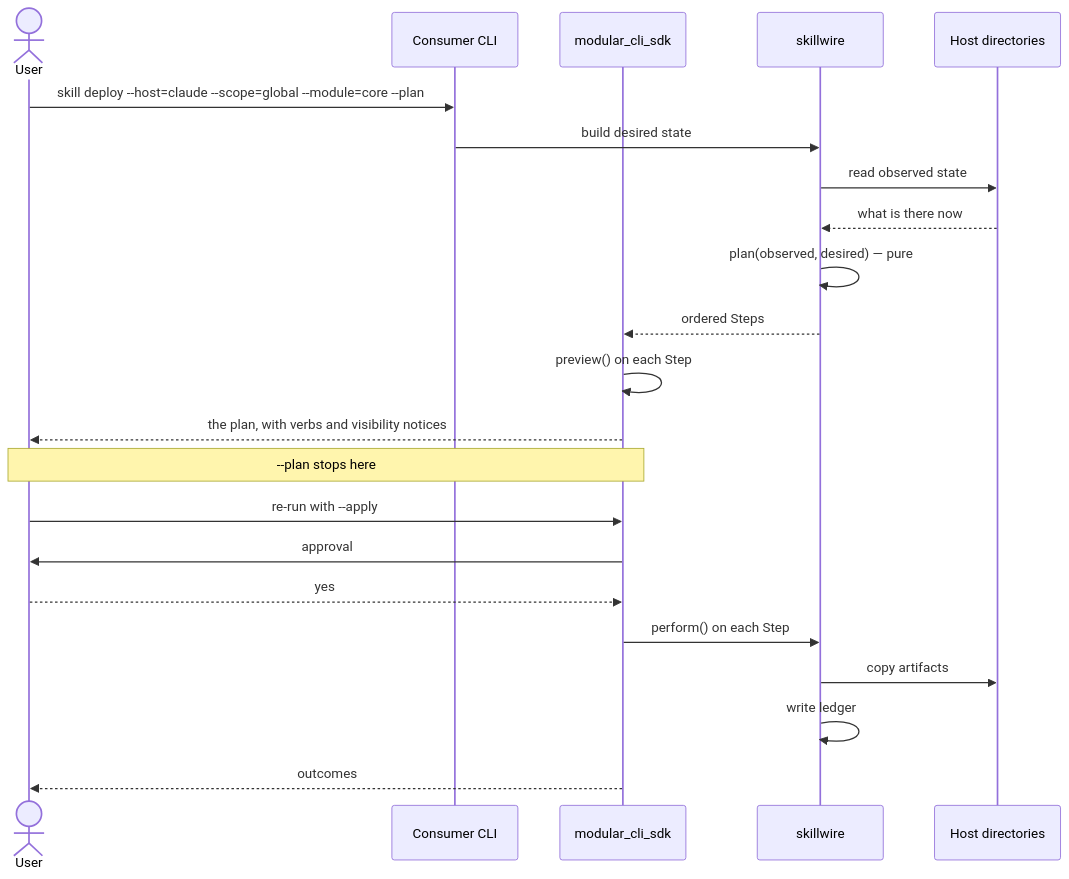
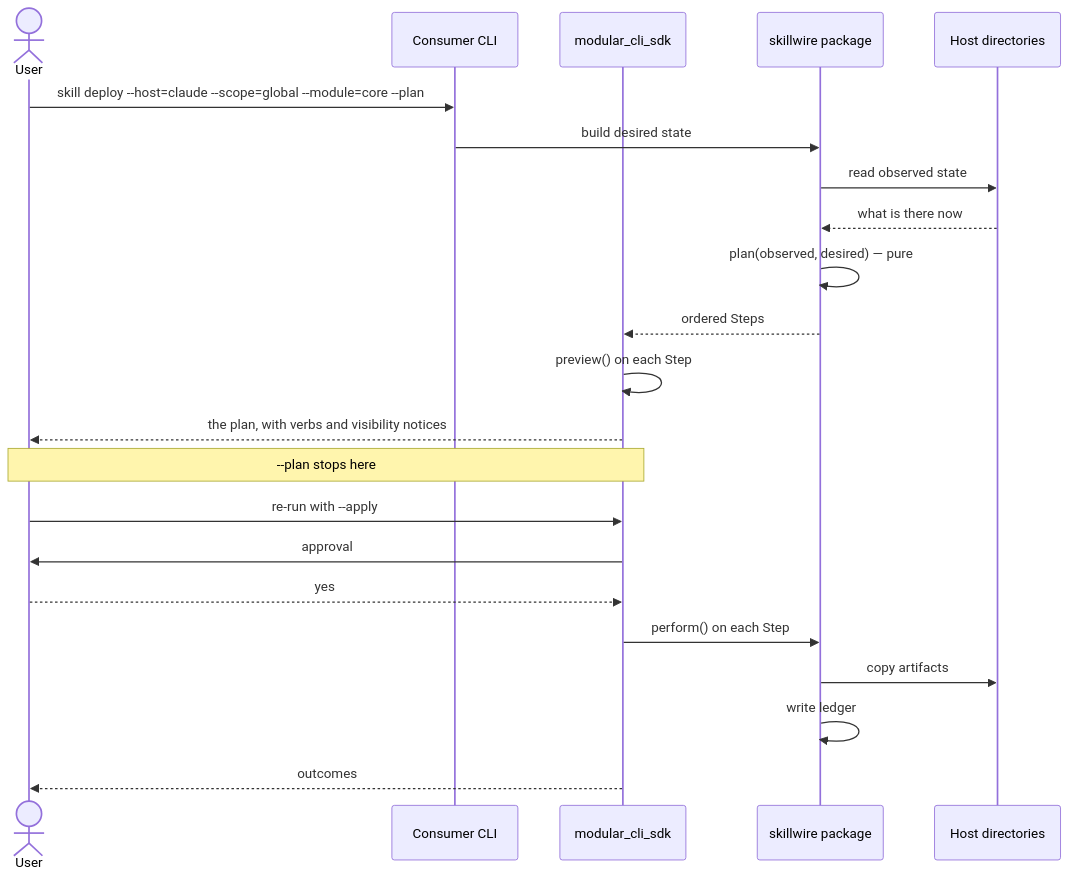
The fourth of 4 diagrams in docs/architecture.md (ccisnedev/skillwire), drawn with Mermaid before and after one commit. The commit also changed other lines of this file and 10 other files, not shown here.

````diff
--- a/docs/architecture.md
+++ b/docs/architecture.md
@@ -126,25 +128,25 @@
 ```mermaid
 sequenceDiagram
     actor U as User
     participant CLI as Consumer CLI
     participant SDK as modular_cli_sdk
-    participant LIB as skillwire
+    participant LIB as skillwire package
     participant FS as Host directories
 
     U->>CLI: skill deploy --host=claude --scope=global --module=core --plan
     CLI->>LIB: build desired state
     LIB->>FS: read observed state
     FS-->>LIB: what is there now
     LIB->>LIB: plan(observed, desired) — pure
     LIB-->>SDK: ordered Steps
     SDK->>SDK: preview() on each Step
     SDK-->>U: the plan, with verbs and visibility notices
     Note over U,SDK: --plan stops here
     U->>SDK: re-run with --apply
     SDK->>U: approval
     U-->>SDK: yes
     SDK->>LIB: perform() on each Step
     LIB->>FS: copy artifacts
     LIB->>LIB: write ledger
     SDK-->>U: outcomes
 ```
````
